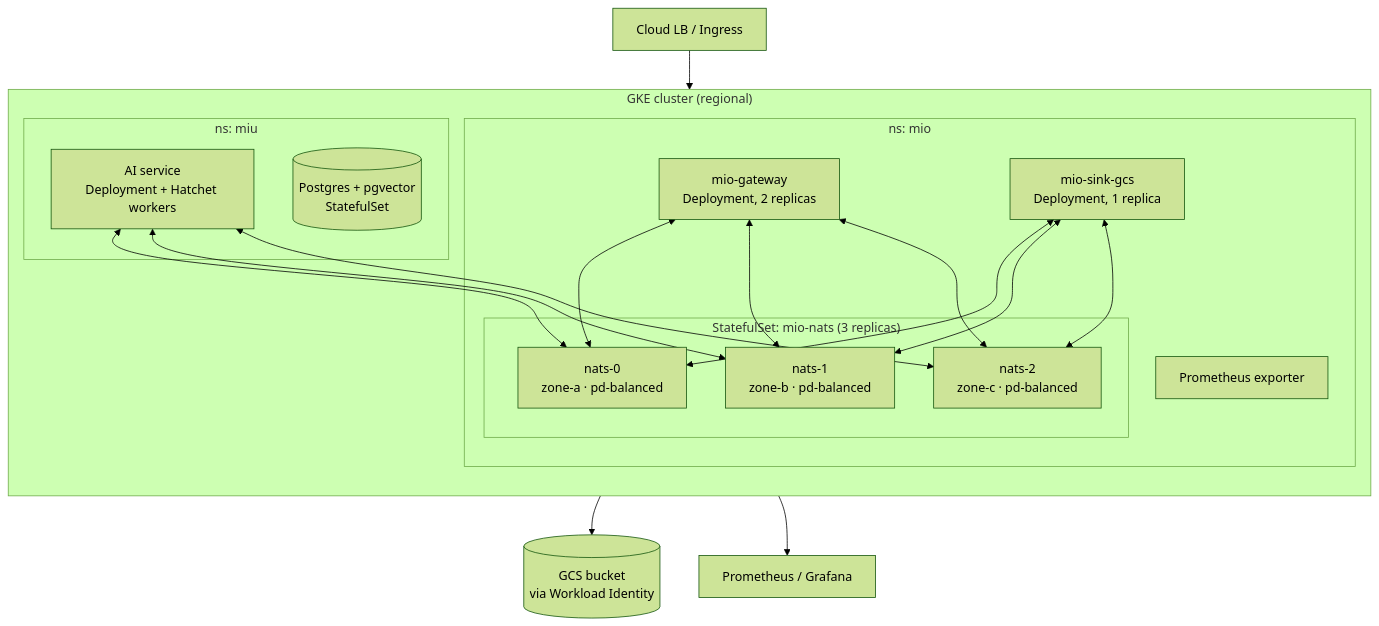
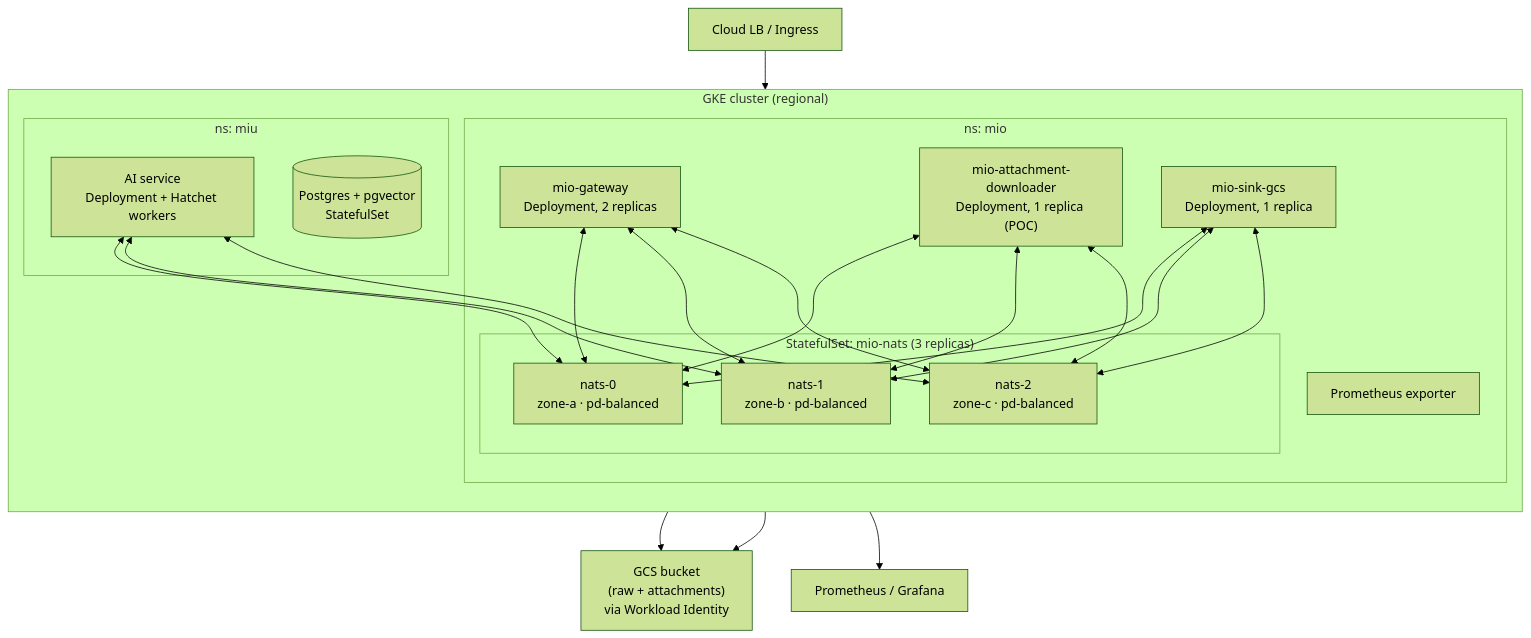
The fourth of 4 diagrams in docs/system-architecture.md (vanducng/mio), drawn with Mermaid (forest theme) before and after one commit. The commit also changed other lines of this file, not shown here.

First line of the commit message:
docs(p9): sync system-architecture for attachment-downloader sidecar

````diff
--- a/docs/system-architecture.md
+++ b/docs/system-architecture.md
@@ -291,27 +318,31 @@
 ```mermaid
 flowchart TB
   subgraph "GKE cluster (regional)"
     direction TB
     subgraph "ns: mio"
       gwd["mio-gateway<br/>Deployment, 2 replicas"]
+      dld["mio-attachment-downloader<br/>Deployment, 1 replica (POC)"]
       sinkd["mio-sink-gcs<br/>Deployment, 1 replica"]
       subgraph "StatefulSet: mio-nats (3 replicas)"
         n0["nats-0<br/>zone-a · pd-balanced"]
         n1["nats-1<br/>zone-b · pd-balanced"]
         n2["nats-2<br/>zone-c · pd-balanced"]
       end
       promex[Prometheus exporter]
     end
     subgraph "ns: miu"
       aid["AI service<br/>Deployment + Hatchet workers"]
       pgd[(Postgres + pgvector<br/>StatefulSet)]
     end
   end
 
   ing["Cloud LB / Ingress"] --> gwd
   gwd <--> n0 & n1 & n2
+  dld <--> n0 & n1 & n2
   aid <--> n0 & n1 & n2
   sinkd <--> n0 & n1 & n2
-  sinkd --> gcs[(GCS bucket<br/>via Workload Identity)]
+  dld --> gcs
+  sinkd --> gcs
+  gcs["GCS bucket<br/>(raw + attachments)<br/>via Workload Identity"]
   promex --> mon["Prometheus / Grafana"]
 ```
````
